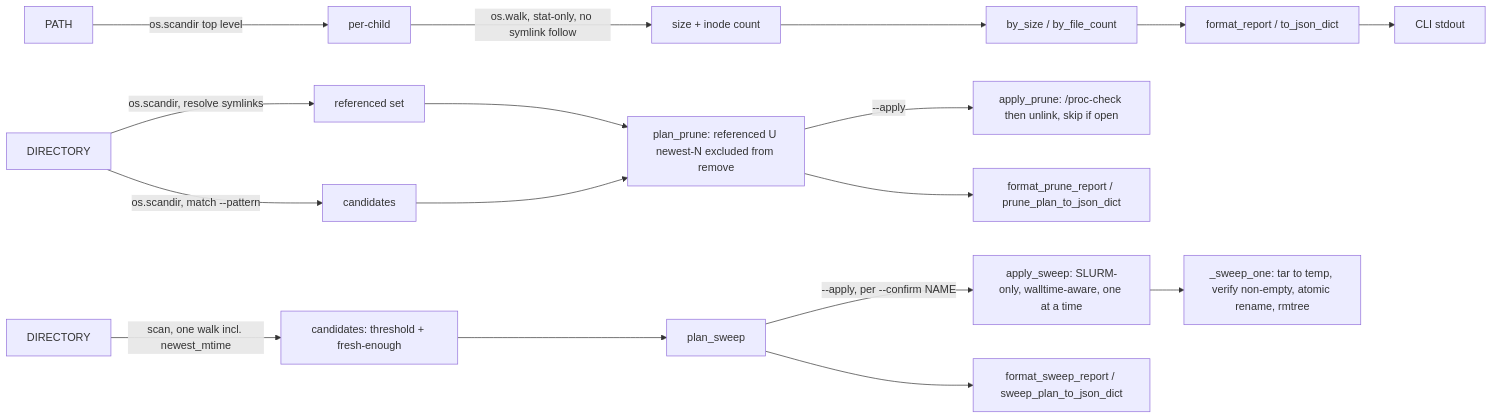
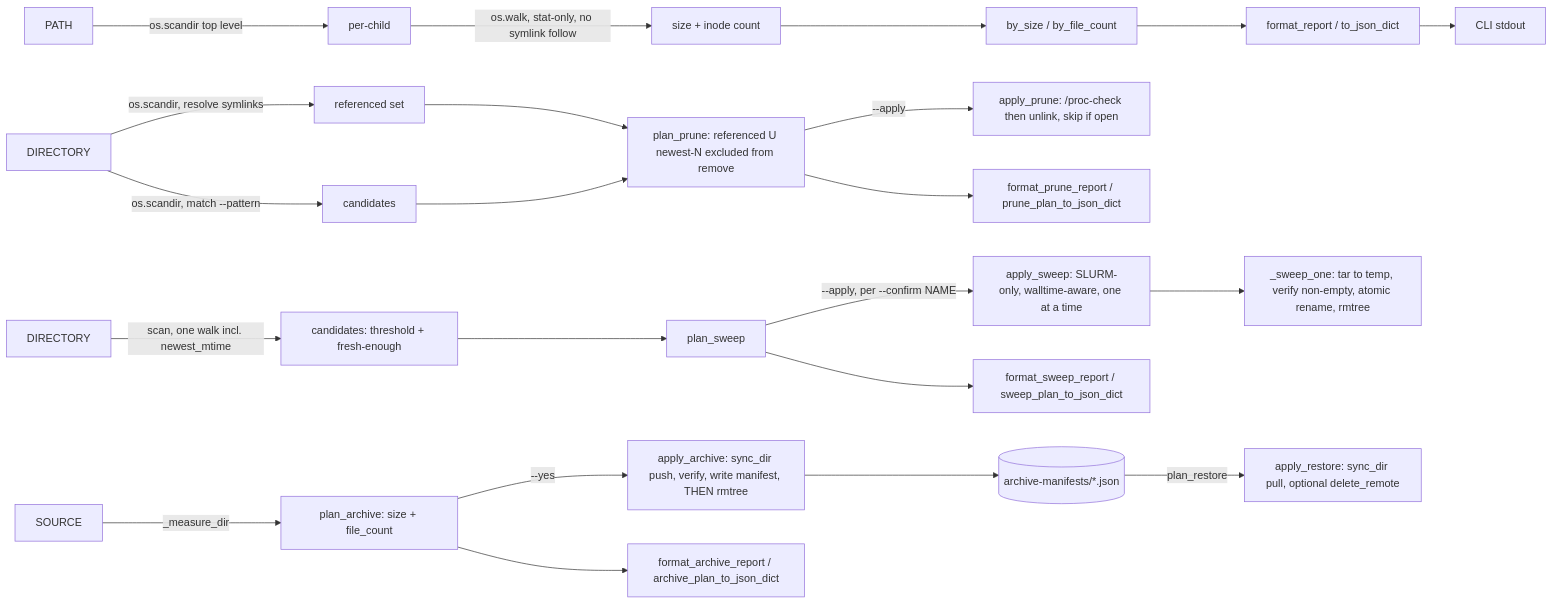
The diagram in README.md (scitex-ai/scitex-storage), drawn with Mermaid before and after one commit. The commit also changed other lines of this file and 17 other files, not shown here.

First line of the commit message:
feat: add archive/restore — move-not-delete nas/nas2 tiering + CLI split

````diff
--- a/README.md
+++ b/README.md
@@ -202,21 +232,27 @@
 ```mermaid
 flowchart LR
     A[PATH] -->|os.scandir top level| B[per-child]
     B -->|os.walk, stat-only, no symlink follow| C[size + inode count]
     C --> D[by_size / by_file_count]
     D --> E[format_report / to_json_dict]
     E --> F[CLI stdout]
 
     G[DIRECTORY] -->|os.scandir, resolve symlinks| H[referenced set]
     G -->|os.scandir, match --pattern| I[candidates]
     H --> J[plan_prune: referenced U newest-N excluded from remove]
     I --> J
     J -->|--apply| K[apply_prune: /proc-check then unlink, skip if open]
     J --> L[format_prune_report / prune_plan_to_json_dict]
 
     M[DIRECTORY] -->|scan, one walk incl. newest_mtime| N[candidates: threshold + fresh-enough]
     N --> O[plan_sweep]
     O -->|--apply, per --confirm NAME| P[apply_sweep: SLURM-only, walltime-aware, one at a time]
     P --> Q[_sweep_one: tar to temp, verify non-empty, atomic rename, rmtree]
     O --> R[format_sweep_report / sweep_plan_to_json_dict]
+
+    S[SOURCE] -->|_measure_dir| T[plan_archive: size + file_count]
+    T -->|--yes| U[apply_archive: sync_dir push, verify, write manifest, THEN rmtree]
+    T --> V[format_archive_report / archive_plan_to_json_dict]
+    U --> W[(archive-manifests/*.json)]
+    W -->|plan_restore| X[apply_restore: sync_dir pull, optional delete_remote]
 ```
````
